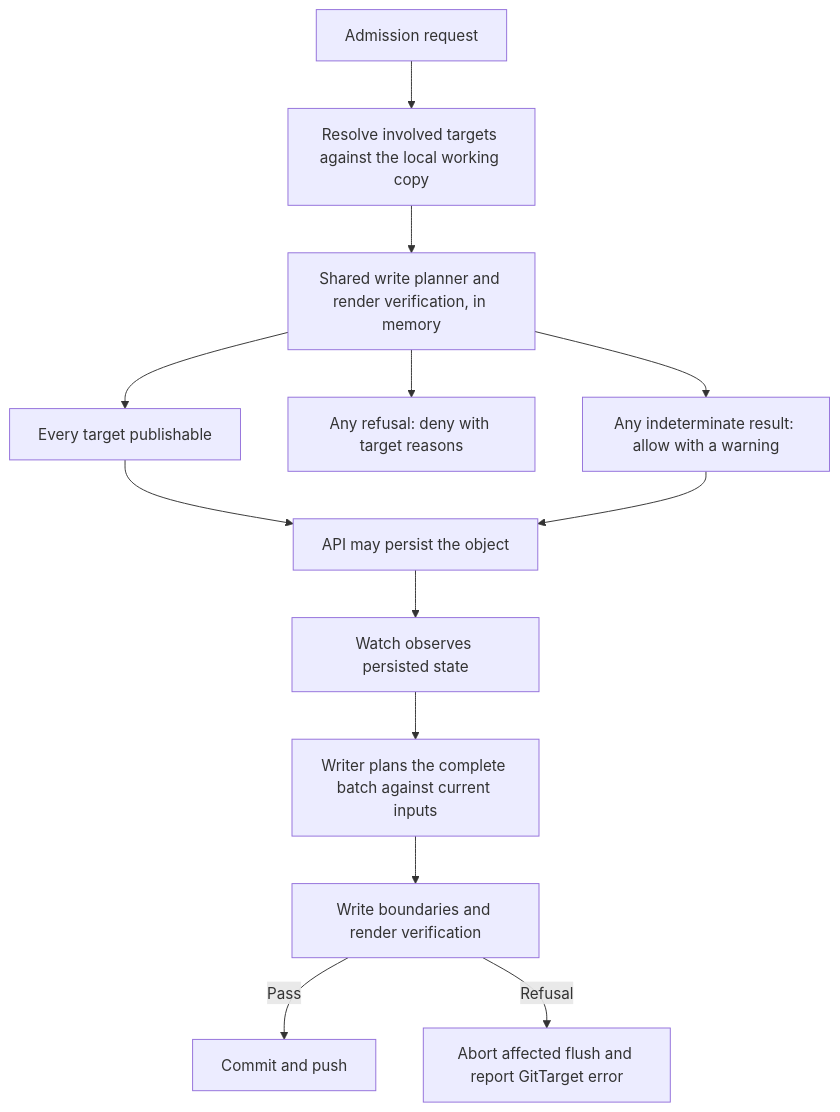
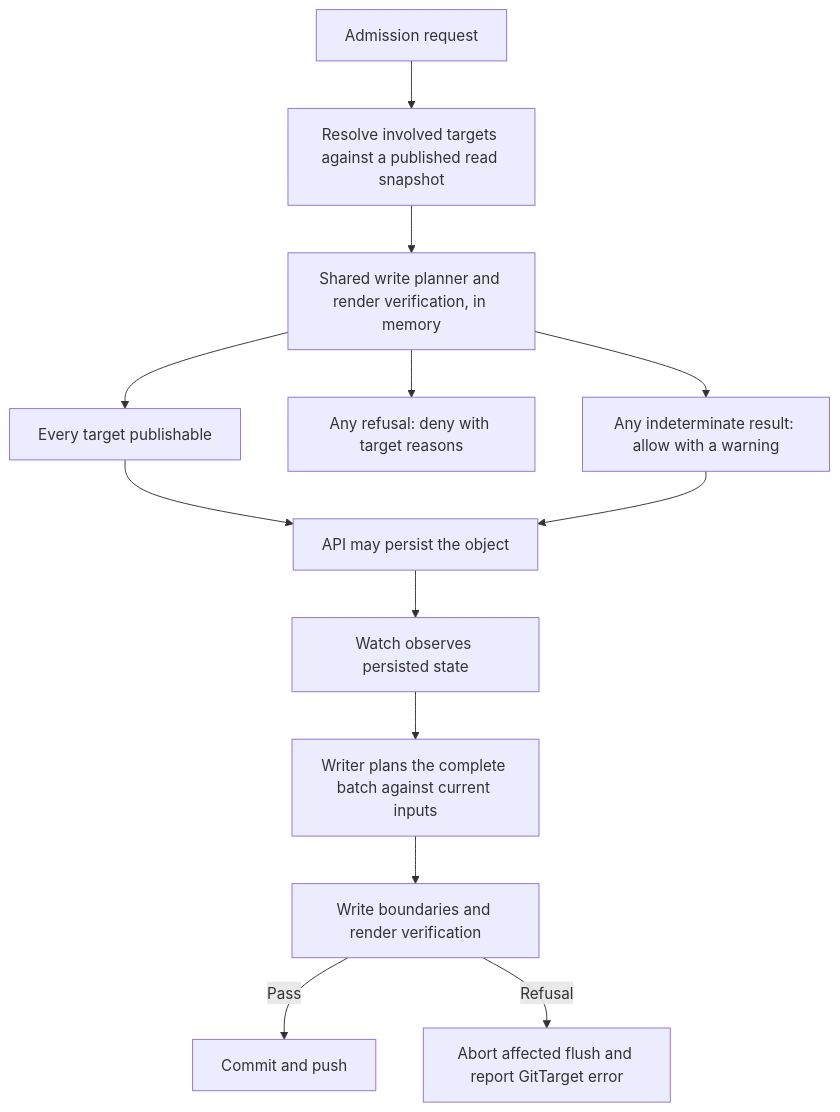
Before and after one commit to ConfigButler/gitops-reverser: the diagram in docs/design/git-write-preflight.md, drawn with Mermaid. The commit also changed other lines of this file and 23 other files, not shown here.

````diff
--- a/docs/design/git-write-preflight.md
+++ b/docs/design/git-write-preflight.md
@@ -179,15 +228,15 @@
 ```mermaid
 flowchart TD
-  R[Admission request] --> S[Resolve involved targets against the local working copy]
+  R[Admission request] --> S[Resolve involved targets against a published read snapshot]
   S --> P[Shared write planner and render verification, in memory]
   P --> A[Every target publishable]
   P --> D[Any refusal: deny with target reasons]
   P --> U[Any indeterminate result: allow with a warning]
   A --> K[API may persist the object]
   U --> K
   K --> W[Watch observes persisted state]
   W --> B[Writer plans the complete batch against current inputs]
   B --> V[Write boundaries and render verification]
   V -->|Pass| G[Commit and push]
   V -->|Refusal| X[Abort affected flush and report GitTarget error]
 ```
````
